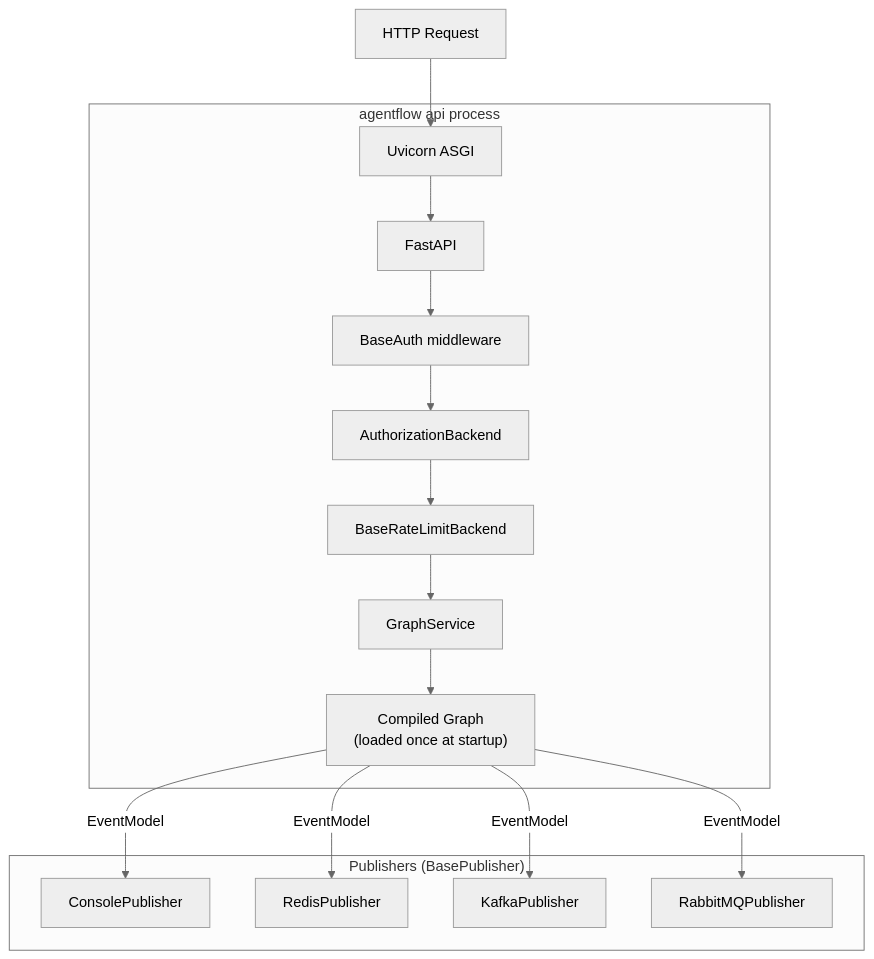
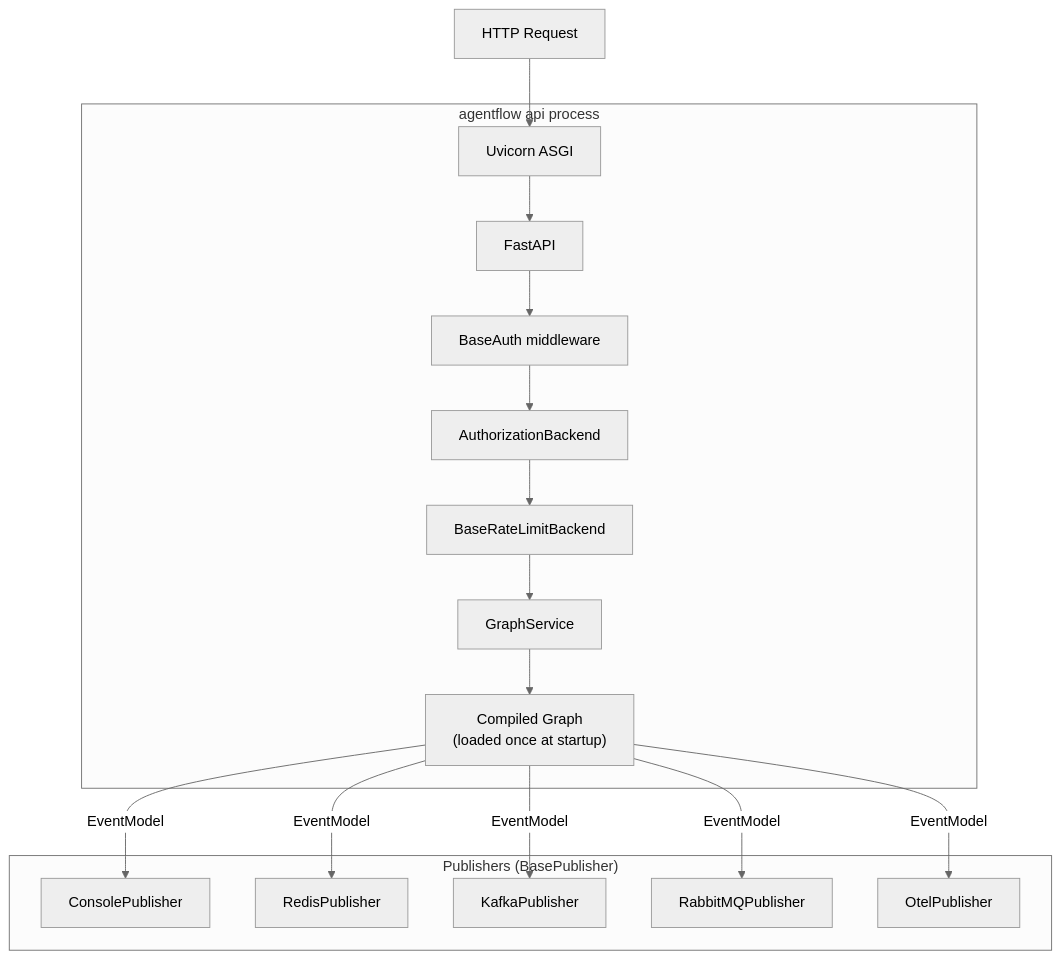
The first of 4 diagrams in docs/concept2/serving-agents.md (10xHub/agentflow-docs), drawn with Mermaid (neutral theme) before and after one commit. The commit also changed other lines of this file and 40 other files, not shown here.

````diff
--- a/docs/concept2/serving-agents.md
+++ b/docs/concept2/serving-agents.md
@@ -57,20 +53,21 @@
 ```mermaid
 flowchart TB
   subgraph "agentflow api process"
     UV[Uvicorn ASGI]
     FA[FastAPI]
     AUTH[BaseAuth middleware]
     AUTHZ[AuthorizationBackend]
     RATE[BaseRateLimitBackend]
     SVC[GraphService]
     GRAPH["Compiled Graph\n(loaded once at startup)"]
   end
   subgraph "Publishers  (BasePublisher)"
     PUB_C[ConsolePublisher]
     PUB_R[RedisPublisher]
     PUB_K[KafkaPublisher]
     PUB_Q[RabbitMQPublisher]
+    PUB_O[OtelPublisher]
   end
   REQ[HTTP Request] --> UV --> FA --> AUTH --> AUTHZ --> RATE --> SVC --> GRAPH
-  GRAPH -->|EventModel| PUB_C & PUB_R & PUB_K & PUB_Q
+  GRAPH -->|EventModel| PUB_C & PUB_R & PUB_K & PUB_Q & PUB_O
 ```
````
